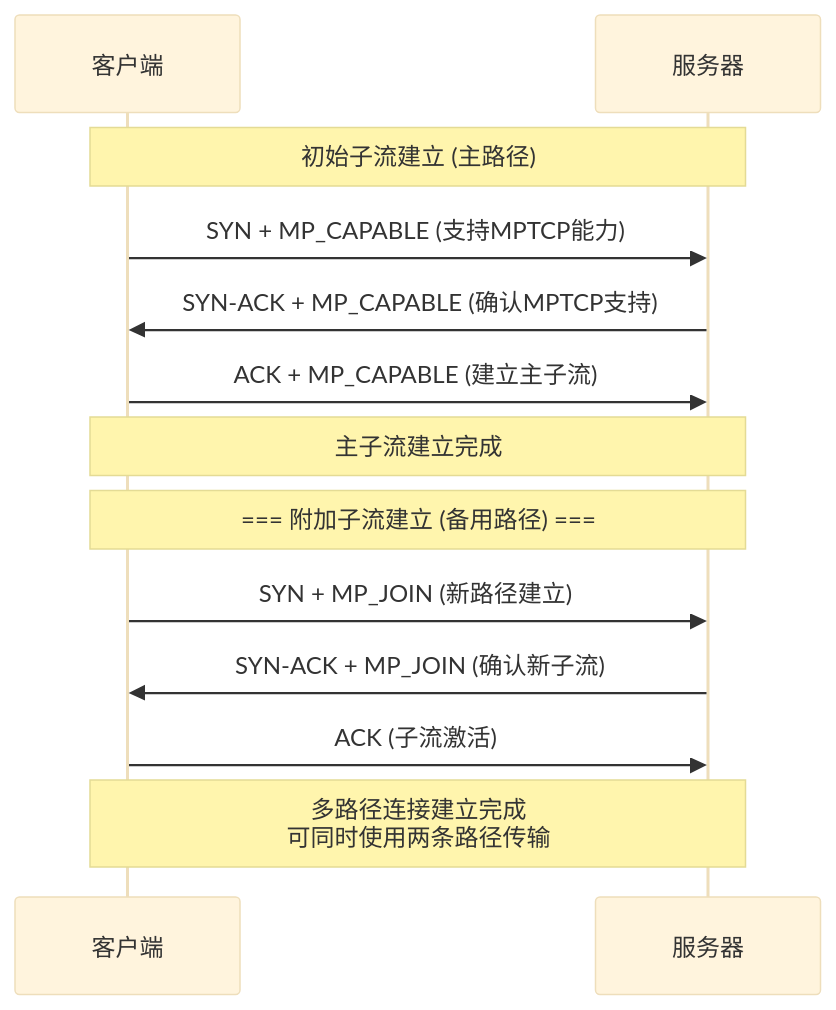
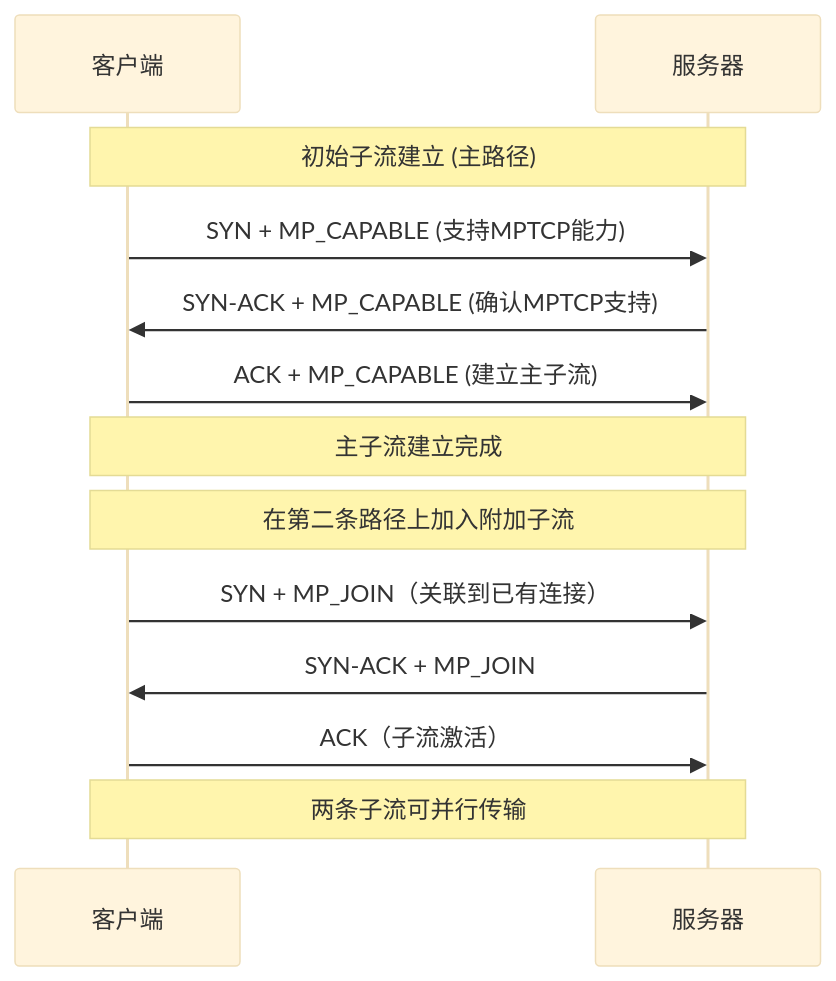
Before and after one commit to Dtheme/CS-base: the sixth of 11 diagrams in 计算机网络/3.7传输层：现代传输技术.md, drawn with Mermaid (base theme). The commit also changed other lines of this file and 51 other files, not shown here.

````diff
--- a/计算机网络/3.7传输层：现代传输技术.md
+++ b/计算机网络/3.7传输层：现代传输技术.md
@@ -369,21 +239,20 @@
 ```mermaid
 sequenceDiagram
     participant C as 客户端
     participant S as 服务器
     
     Note over C,S: 初始子流建立 (主路径)
     
     C->>S: SYN + MP_CAPABLE (支持MPTCP能力)
     S->>C: SYN-ACK + MP_CAPABLE (确认MPTCP支持)
     C->>S: ACK + MP_CAPABLE (建立主子流)
     
     Note over C,S: 主子流建立完成
-    
-    Note over C,S: === 附加子流建立 (备用路径) ===
-    
-    C->>S: SYN + MP_JOIN (新路径建立)
-    S->>C: SYN-ACK + MP_JOIN (确认新子流)
-    C->>S: ACK (子流激活)
-    
-    Note over C,S: 多路径连接建立完成<br/>可同时使用两条路径传输
+
+    Note over C,S: 在第二条路径上加入附加子流
+    C->>S: SYN + MP_JOIN（关联到已有连接）
+    S->>C: SYN-ACK + MP_JOIN
+    C->>S: ACK（子流激活）
+
+    Note over C,S: 两条子流可并行传输
 ```
````
